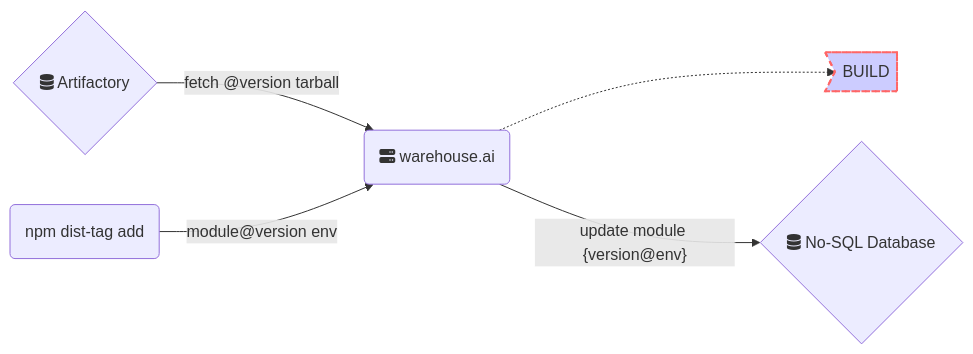
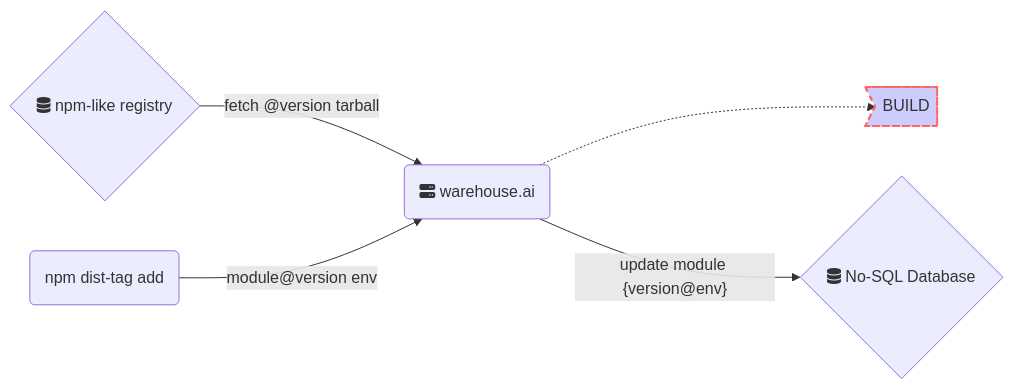
One commit to godaddy/warehouse.ai changed the diagram in assets/diagrams/promote.mmd. Above: the diagram before and after it, drawn with Mermaid. The commit also changed 11 other files, not shown here.

```diff
--- a/assets/diagrams/promote.mmd
+++ b/assets/diagrams/promote.mmd
@@ -1,13 +1,13 @@
 graph LR
 A(npm dist-tag add)
 B(fa:fa-server warehouse.ai)
 C{fa:fa-database No-SQL Database}
-D{fa:fa-database Artifactory}
+D{fa:fa-database npm-like registry}
 E>BUILD]
 
 B -.-> E
 B --> |"update module {version@env}"| C
 D --> |"fetch @version tarball"| B
 A -->|"module@version env"| B
 
 style E fill:#ccf,stroke:#f66,stroke-width:2px,stroke-dasharray: 5, 5
```
